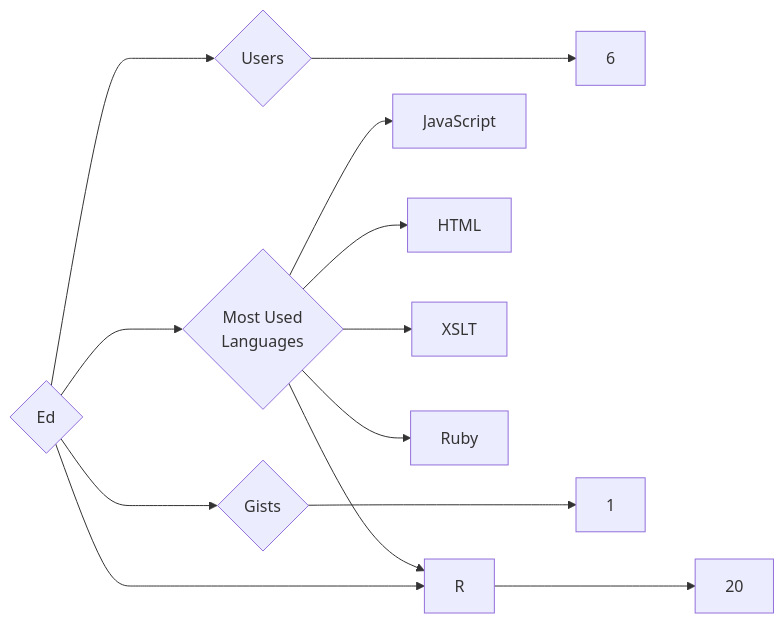
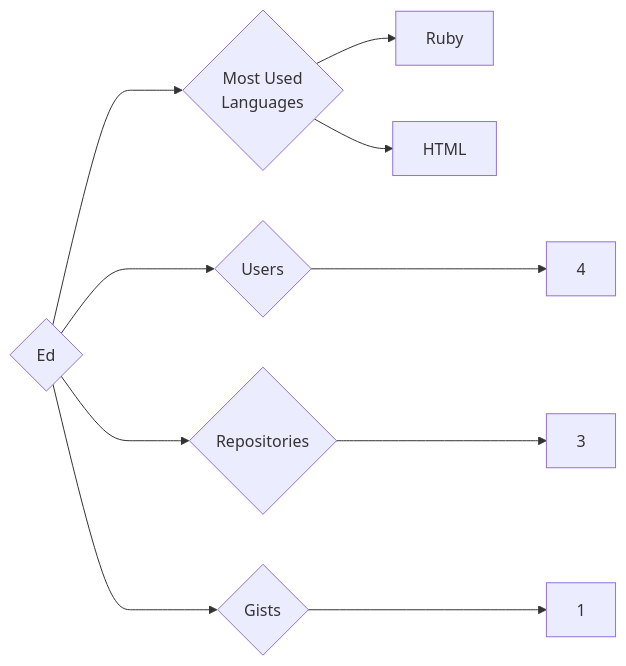
Before and after one commit to trickest/insiders: the diagram in targets/Ed/README.md, drawn with Mermaid. The commit also changed 1078 other files, not shown here.

````diff
--- a/targets/Ed/README.md
+++ b/targets/Ed/README.md
@@ -3,13 +3,10 @@
 ```mermaid
 graph LR
 COMPANY_NAME{Ed}
-COMPANY_NAME ---> U{Users} ---> UN[6]
-COMPANY_NAME ---> R{Repositories} ---> RN[20]
+COMPANY_NAME ---> U{Users} ---> UN[4]
+COMPANY_NAME ---> R{Repositories} ---> RN[3]
 COMPANY_NAME ---> G{Gists} ---> GN[1]
 COMPANY_NAME ---> ML{Most Used<br>Languages}
-ML --> JavaScript[JavaScript]
-ML --> R[R]
+ML --> Ruby[Ruby]
 ML --> HTML[HTML]
-ML --> XSLT[XSLT]
-ML --> Ruby[Ruby]
 ```
````
